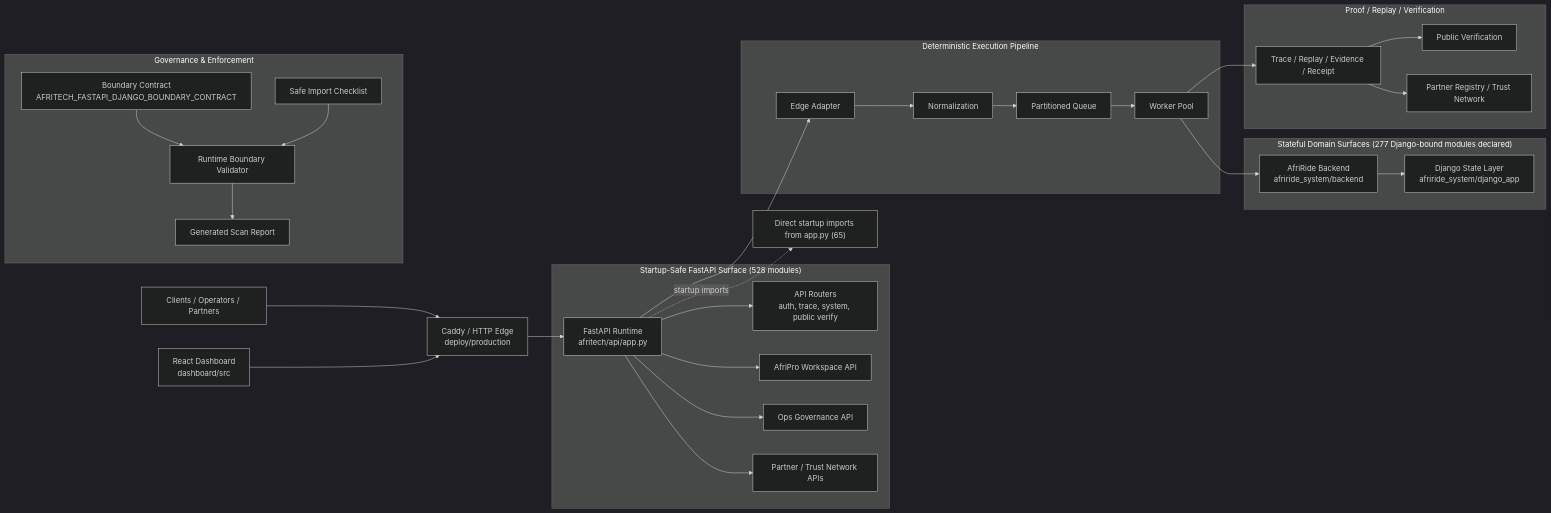
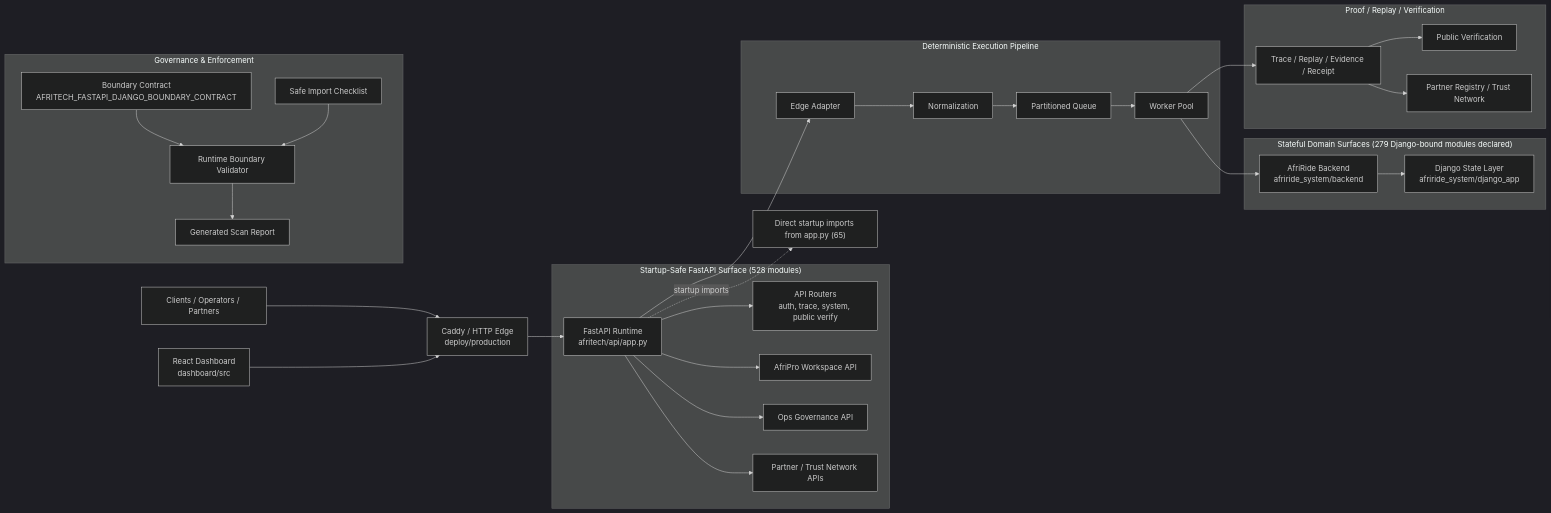
One commit to Strelly2023/afritelematics changed the first of 2 diagrams in docs/architecture/AFRITECH_FULL_ARCHITECTURE_GRAPH.md. Above: the diagram before and after it, drawn with Mermaid (dark theme). The commit also changed other lines of this file and 54 other files, not shown here.

````diff
--- a/docs/architecture/AFRITECH_FULL_ARCHITECTURE_GRAPH.md
+++ b/docs/architecture/AFRITECH_FULL_ARCHITECTURE_GRAPH.md
@@ -22,39 +22,39 @@
 ```mermaid
 flowchart LR
     Client["Clients / Operators / Partners"] --> Edge["Caddy / HTTP Edge\ndeploy/production"]
     Dashboard["React Dashboard\ndashboard/src"] --> Edge
     Edge --> App["FastAPI Runtime\nafritech/api/app.py"]
 
     subgraph FastAPI["Startup-Safe FastAPI Surface (528 modules)"]
         App --> Api["API Routers\nauth, trace, system, public verify"]
         App --> Workspace["AfriPro Workspace API"]
         App --> Governance["Ops Governance API"]
         App --> Trust["Partner / Trust Network APIs"]
     end
 
     subgraph Pipeline["Deterministic Execution Pipeline"]
         App --> Adapt["Edge Adapter"]
         Adapt --> Normalize["Normalization"]
         Normalize --> Queue["Partitioned Queue"]
         Queue --> Worker["Worker Pool"]
     end
 
-    subgraph State["Stateful Domain Surfaces (277 Django-bound modules declared)"]
+    subgraph State["Stateful Domain Surfaces (279 Django-bound modules declared)"]
         Worker --> Domain["AfriRide Backend\nafriride_system/backend"]
         Domain --> Django["Django State Layer\nafriride_system/django_app"]
     end
 
     subgraph Proof["Proof / Replay / Verification"]
         Worker --> Trace["Trace / Replay / Evidence / Receipt"]
         Trace --> Public["Public Verification"]
         Trace --> Registry["Partner Registry / Trust Network"]
     end
 
     subgraph GovernancePlane["Governance & Enforcement"]
         Contract["Boundary Contract\nAFRITECH_FASTAPI_DJANGO_BOUNDARY_CONTRACT"] --> Validator["Runtime Boundary Validator"]
         Checklist["Safe Import Checklist"] --> Validator
         Validator --> Review["Generated Scan Report"]
     end
 
     App -. startup imports .-> Imports["Direct startup imports from app.py (65)"]
 ```
````
